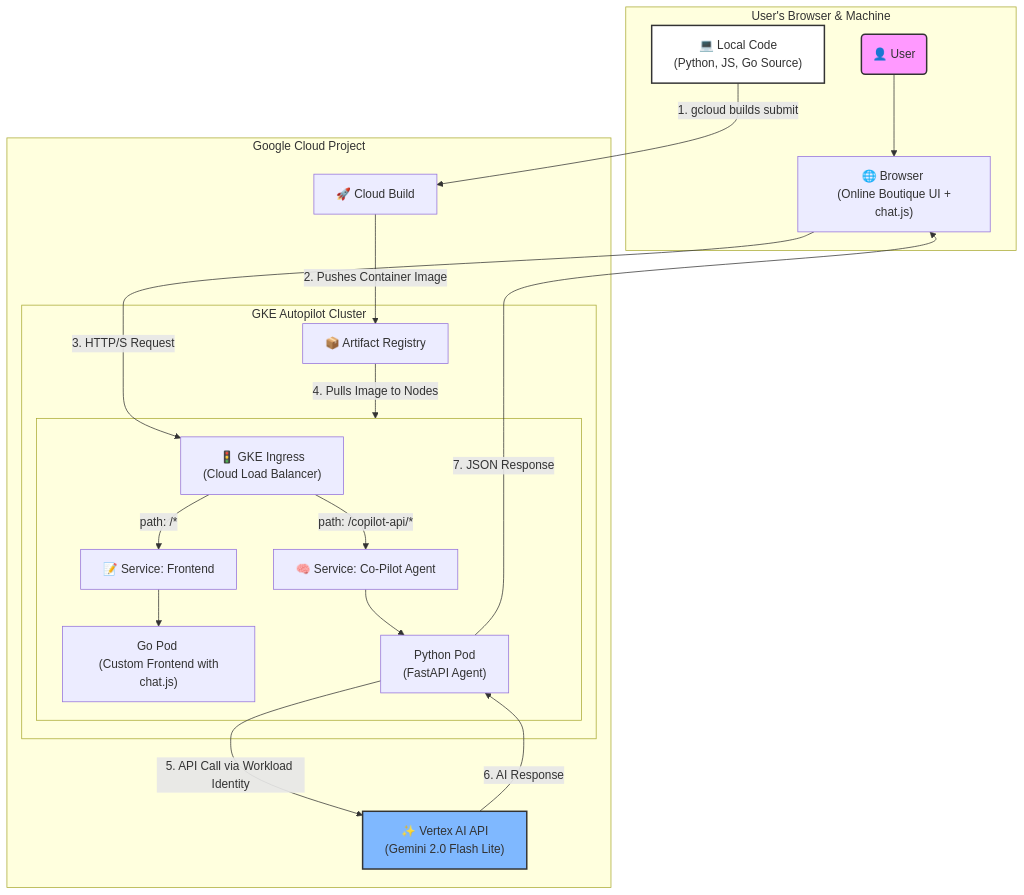
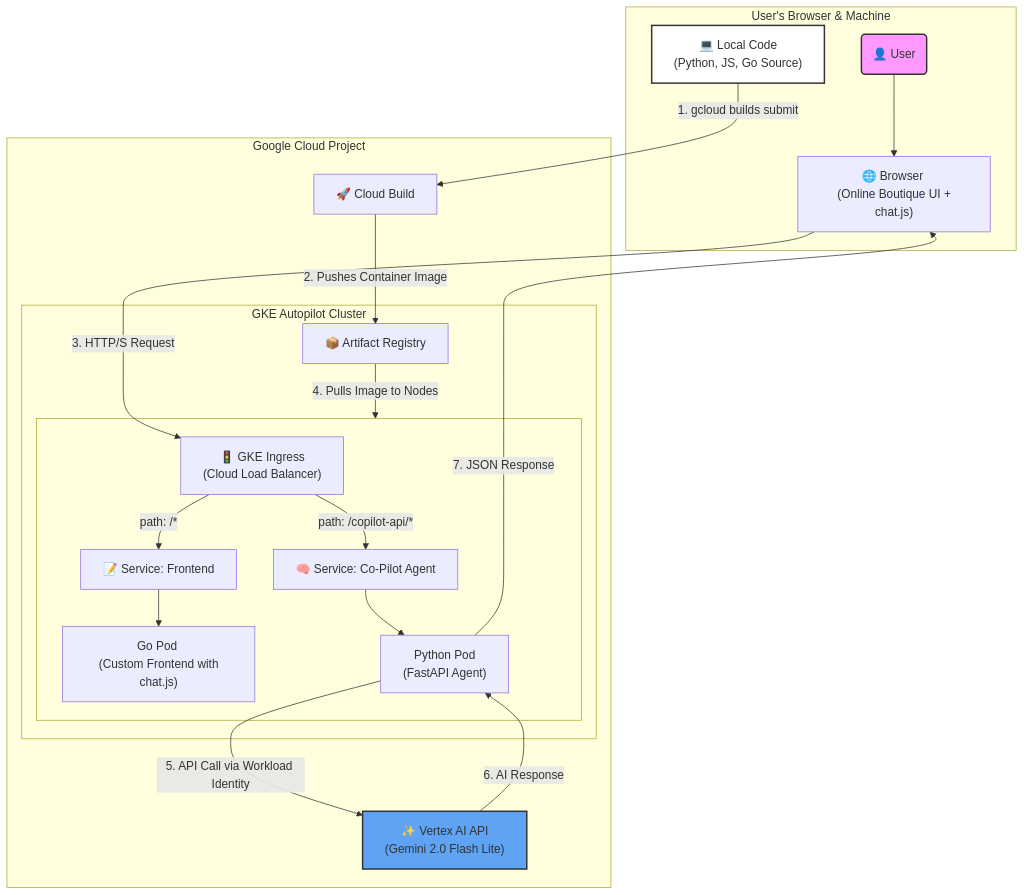
Before and after one commit to rufiix/Boutique-Co-Pilot: the diagram in README.md, drawn with Mermaid.

````diff
--- a/README.md
+++ b/README.md
@@ -43,37 +43,37 @@
 ```mermaid  
 
 graph TD
     subgraph "User's Browser & Machine"
         User(👤 User) --> Browser["🌐 Browser <br> (Online Boutique UI + chat.js)"];
         LocalCode["💻 Local Code <br> (Python, JS, Go Source)"];
     end
 
     subgraph "Google Cloud Project"
         LocalCode -- "1. gcloud builds submit" --> CloudBuild["🚀 Cloud Build"];
         CloudBuild -- "2. Pushes Container Image" --> ArtifactRegistry["📦 Artifact Registry"];
         
         Browser -- "3. HTTP/S Request" --> Ingress["🚦 GKE Ingress <br> (Cloud Load Balancer)"];
 
         subgraph "GKE Autopilot Cluster"
             ArtifactRegistry -- "4. Pulls Image to Nodes" --> GKECluster;
             
             subgraph GKECluster [ ]
                 Ingress -- "path: /*" --> FrontendService["📝 Service: Frontend"];
                 Ingress -- "path: /copilot-api/*" --> AgentService["🧠 Service: Co-Pilot Agent"];
 
                 FrontendService --> FrontendPod["Go Pod <br> (Custom Frontend with chat.js)"];
                 AgentService --> AgentPod["Python Pod <br> (FastAPI Agent)"];
             end
         end
 
         AgentPod -- "5. API Call via Workload Identity" --> VertexAI["✨ Vertex AI API <br> (Gemini 2.0 Flash Lite)"];
     end
 
     VertexAI -- "6. AI Response" --> AgentPod;
     AgentPod -- "7. JSON Response" --> Browser;
 
     style User fill:#f9f,stroke:#333,stroke-width:2px
     style LocalCode fill:#FFF,stroke:#333,stroke-width:2px
-    style VertexAI fill:#7fb8ff,stroke:#333,stroke-width:2px
+    style VertexAI fill:#5fa3f5,stroke:#333,stroke-width:2px
 
 ```
````
